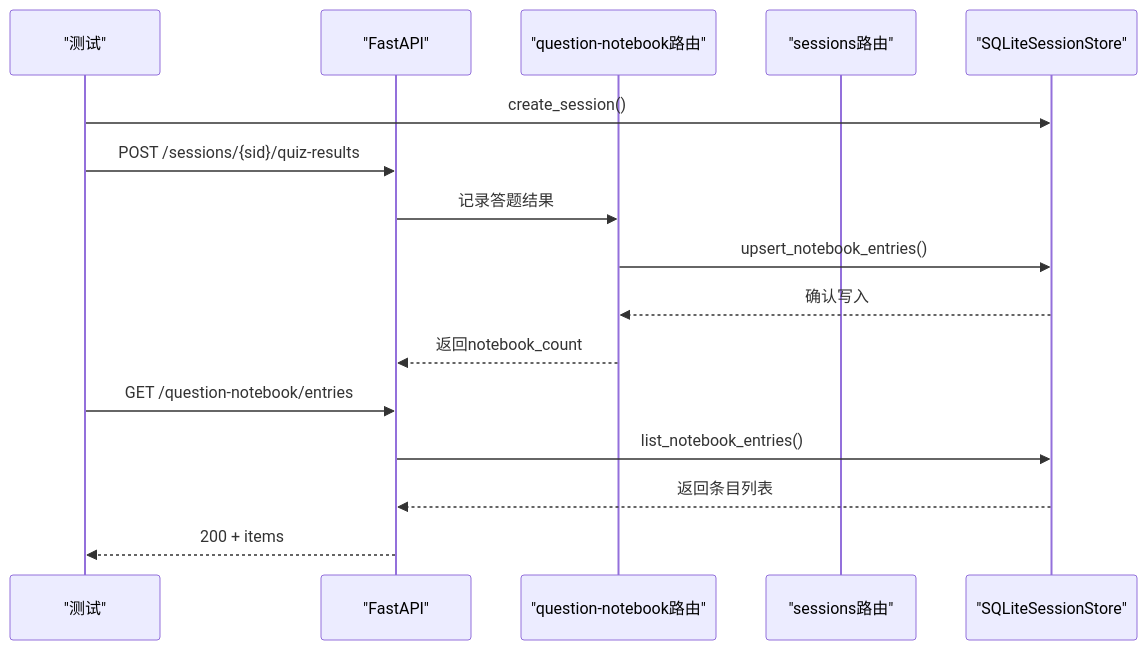
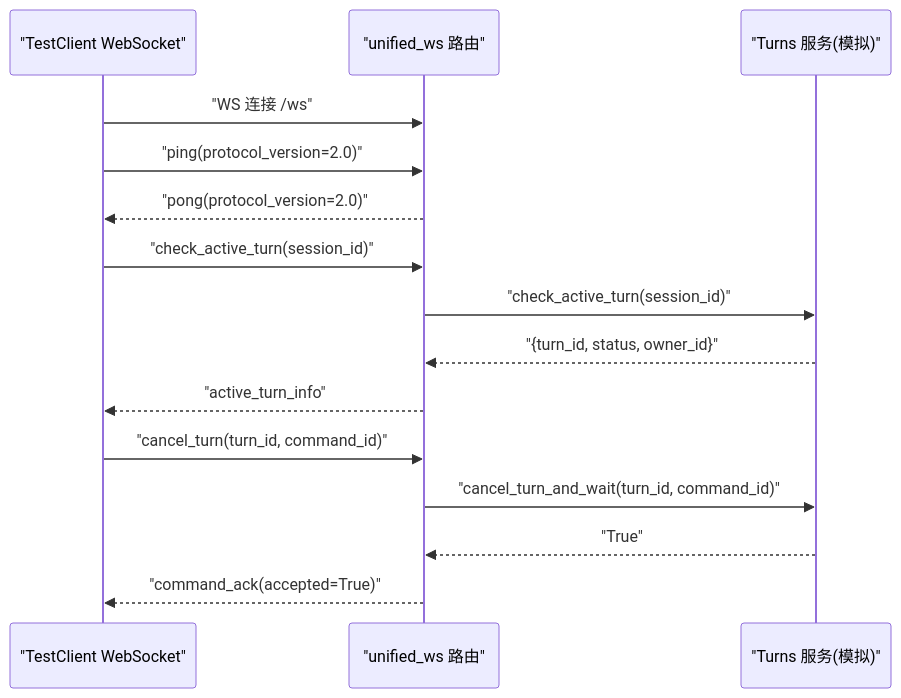
One commit to gongzili456/DeepTutor changed the fourth of 9 diagrams in .qoder/repowiki/zh/content/测试策略/集成测试.md. Above: the diagram before and after it, drawn with Mermaid. The commit also changed other lines of this file and 1242 other files, not shown here.

````diff
--- a/.qoder/repowiki/zh/content/测试策略/集成测试.md
+++ b/.qoder/repowiki/zh/content/测试策略/集成测试.md
@@ -155,18 +186,17 @@
 ```mermaid
 sequenceDiagram
-participant Test as "测试"
-participant App as "FastAPI"
-participant NoteBook as "question-notebook路由"
-participant Sessions as "sessions路由"
-participant Store as "SQLiteSessionStore"
-Test->>Store : create_session()
-Test->>App : POST /sessions/{sid}/quiz-results
-App->>NoteBook : 记录答题结果
-NoteBook->>Store : upsert_notebook_entries()
-Store-->>NoteBook : 确认写入
-NoteBook-->>App : 返回notebook_count
-Test->>App : GET /question-notebook/entries
-App->>Store : list_notebook_entries()
-Store-->>App : 返回条目列表
-App-->>Test : 200 + items
+participant Client as "TestClient WebSocket"
+participant Router as "unified_ws 路由"
+participant Turns as "Turns 服务(模拟)"
+Client->>Router : "WS 连接 /ws"
+Client->>Router : "ping(protocol_version=2.0)"
+Router-->>Client : "pong(protocol_version=2.0)"
+Client->>Router : "check_active_turn(session_id)"
+Router->>Turns : "check_active_turn(session_id)"
+Turns-->>Router : "{turn_id, status, owner_id}"
+Router-->>Client : "active_turn_info"
+Client->>Router : "cancel_turn(turn_id, command_id)"
+Router->>Turns : "cancel_turn_and_wait(turn_id, command_id)"
+Turns-->>Router : "True"
+Router-->>Client : "command_ack(accepted=True)"
 ```
````
